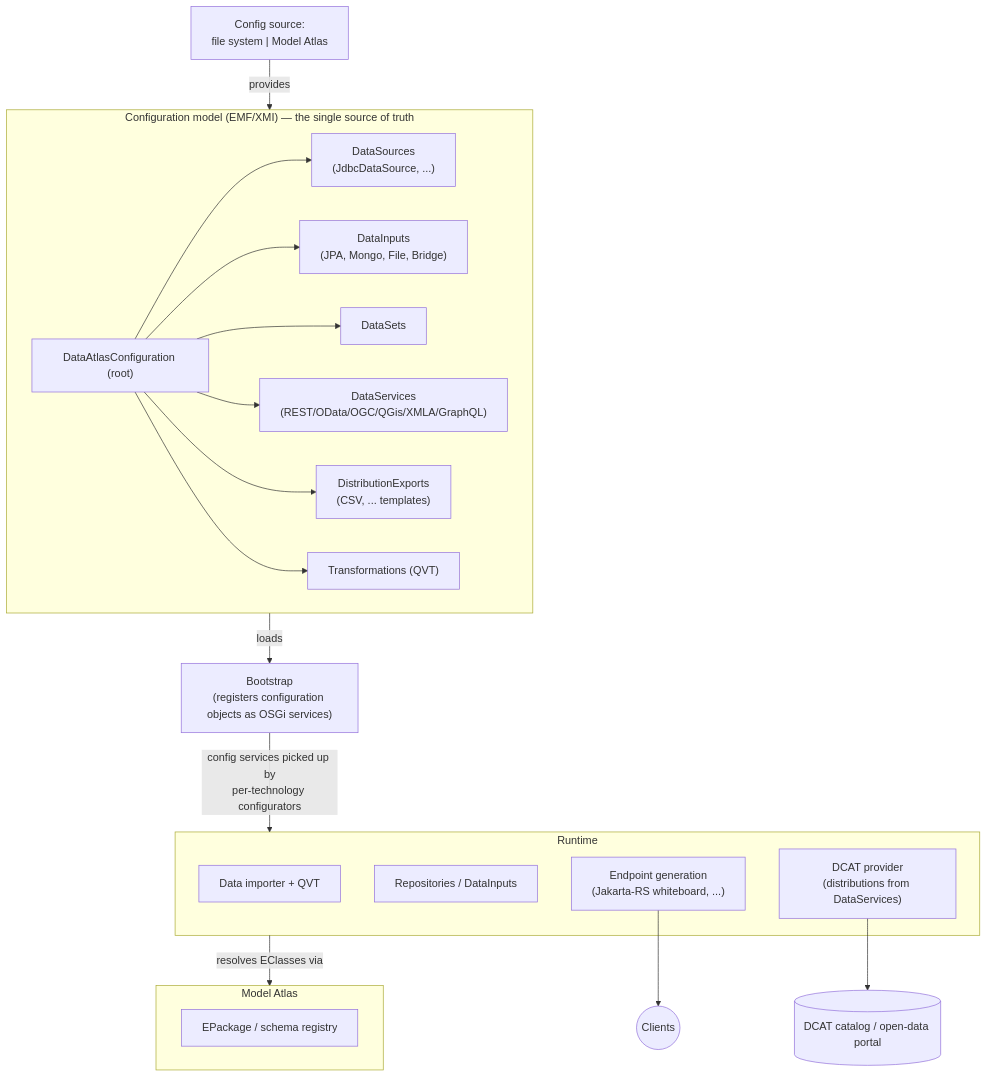
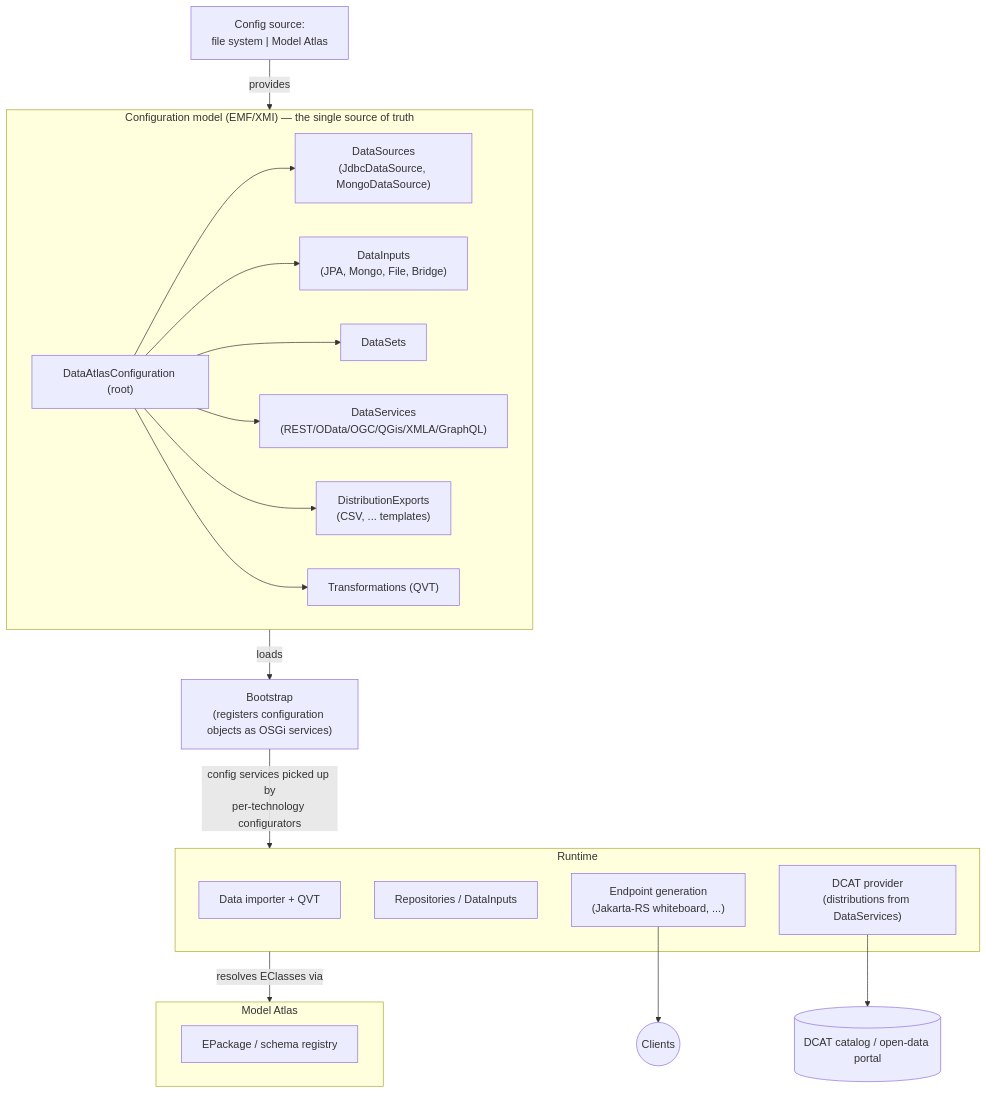
One commit to eclipse-fennec/data.atlas changed the diagram in docs/architecture.md. Above: the diagram before and after it, drawn with Mermaid. The commit also changed other lines of this file and 73 other files, not shown here.

````diff
--- a/docs/architecture.md
+++ b/docs/architecture.md
@@ -38,32 +38,32 @@
 ```mermaid
 flowchart TB
     subgraph CONFIG["Configuration model (EMF/XMI) — the single source of truth"]
         ROOT["DataAtlasConfiguration (root)"]
-        DS["DataSources<br/>(JdbcDataSource, ...)"]
+        DS["DataSources<br/>(JdbcDataSource, MongoDataSource)"]
         IN["DataInputs<br/>(JPA, Mongo, File, Bridge)"]
         SET["DataSets"]
         SVC["DataServices<br/>(REST/OData/OGC/QGis/XMLA/GraphQL)"]
         EXP["DistributionExports<br/>(CSV, ... templates)"]
         TRAFO["Transformations (QVT)"]
         ROOT --> DS & IN & SET & SVC & EXP & TRAFO
     end
 
     SRC["Config source:<br/>file system | Model Atlas"] -->|provides| CONFIG
     CONFIG -->|loads| BOOT["Bootstrap<br/>(registers configuration objects as OSGi services)"]
 
     BOOT -->|config services picked up by<br/>per-technology configurators| RT
     subgraph RT["Runtime"]
         IMP["Data importer + QVT"]
         REPO["Repositories / DataInputs"]
         REST["Endpoint generation<br/>(Jakarta-RS whiteboard, ...)"]
         DCAT["DCAT provider<br/>(distributions from DataServices)"]
     end
 
     subgraph MA["Model Atlas"]
         EPKG["EPackage / schema registry"]
     end
 
     RT -->|resolves EClasses via| MA
     DCAT --> CAT[("DCAT catalog / open-data portal")]
     REST --> CLIENTS(("Clients"))
 ```
````
